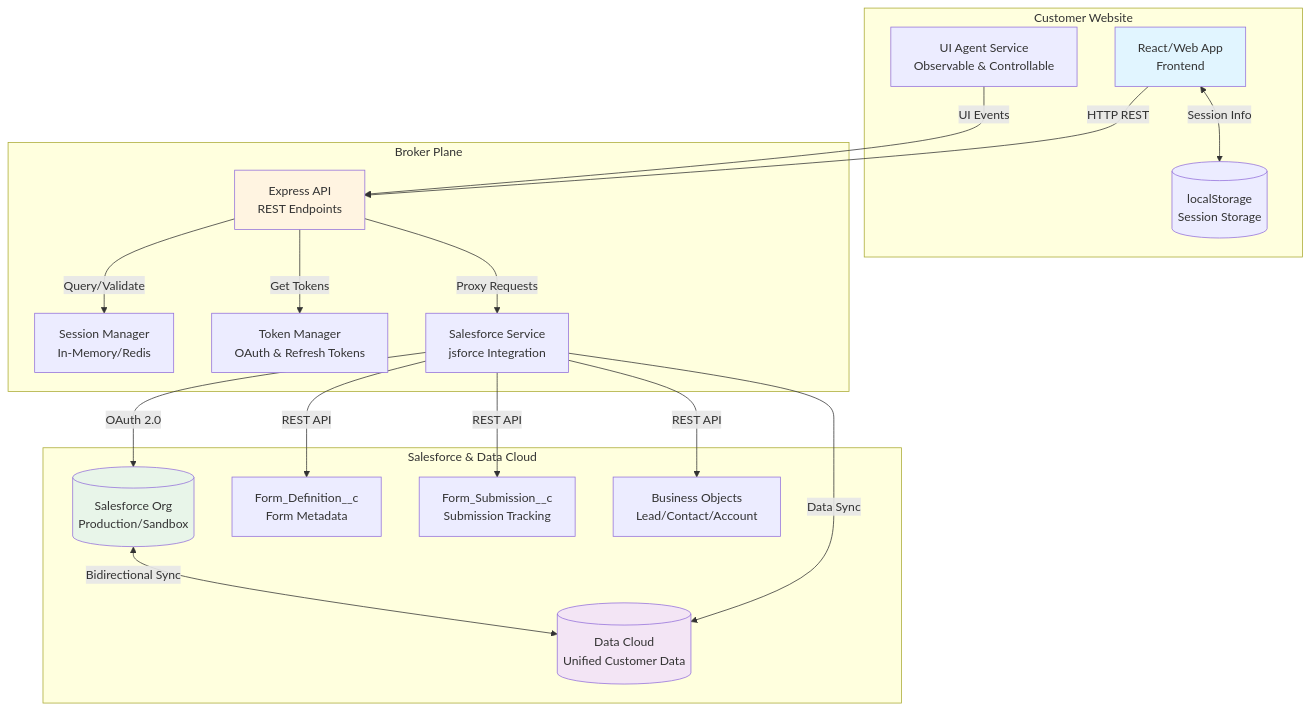
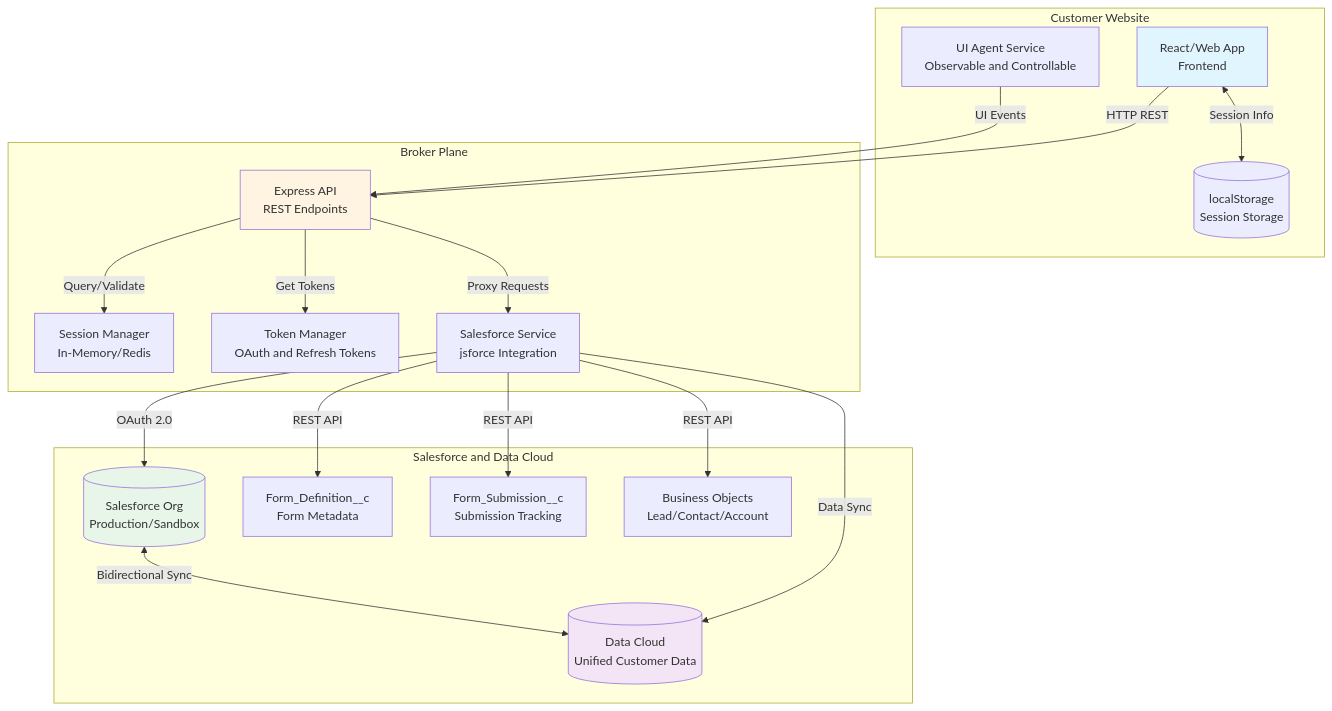
One commit to DavidVickers/context-broker changed the first of 30 diagrams in docs/ARCHITECTURE_COMPLETE.md. Above: the diagram before and after it, drawn with Mermaid. The commit also changed other lines of this file, not shown here.

First line of the commit message:
Fix Mermaid syntax: Replace & with 'and' in node labels

````diff
--- a/docs/ARCHITECTURE_COMPLETE.md
+++ b/docs/ARCHITECTURE_COMPLETE.md
@@ -56,44 +56,44 @@
 ```mermaid
 graph TB
     subgraph "Customer Website"
         FE[React/Web App<br/>Frontend]
-        UI[UI Agent Service<br/>Observable & Controllable]
+        UI[UI Agent Service<br/>Observable and Controllable]
         LS[(localStorage<br/>Session Storage)]
     end
 
     subgraph "Broker Plane"
         API[Express API<br/>REST Endpoints]
         SM[Session Manager<br/>In-Memory/Redis]
-        TM[Token Manager<br/>OAuth & Refresh Tokens]
+        TM[Token Manager<br/>OAuth and Refresh Tokens]
         SF[Salesforce Service<br/>jsforce Integration]
     end
 
-    subgraph "Salesforce & Data Cloud"
+    subgraph "Salesforce and Data Cloud"
         SFDC[(Salesforce Org<br/>Production/Sandbox)]
         DC[(Data Cloud<br/>Unified Customer Data)]
         FD[Form_Definition__c<br/>Form Metadata]
         FS[Form_Submission__c<br/>Submission Tracking]
         BO[Business Objects<br/>Lead/Contact/Account]
     end
 
     FE -->|HTTP REST| API
     UI -->|UI Events| API
     FE <-->|Session Info| LS
 
     API -->|Query/Validate| SM
     API -->|Get Tokens| TM
     API -->|Proxy Requests| SF
 
     SF -->|OAuth 2.0| SFDC
     SF -->|REST API| FD
     SF -->|REST API| FS
     SF -->|REST API| BO
     SF -->|Data Sync| DC
 
     SFDC <-->|Bidirectional Sync| DC
 
     style FE fill:#e1f5ff
     style API fill:#fff4e1
     style SFDC fill:#e8f5e9
     style DC fill:#f3e5f5
 ```
````
